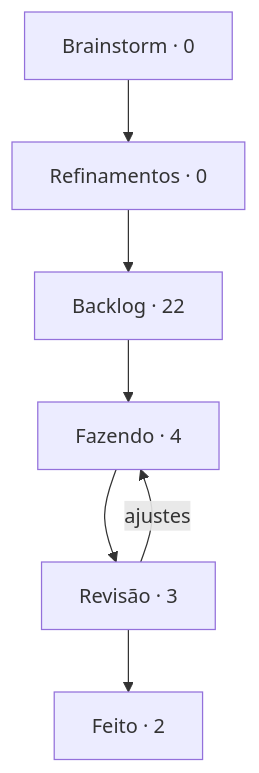
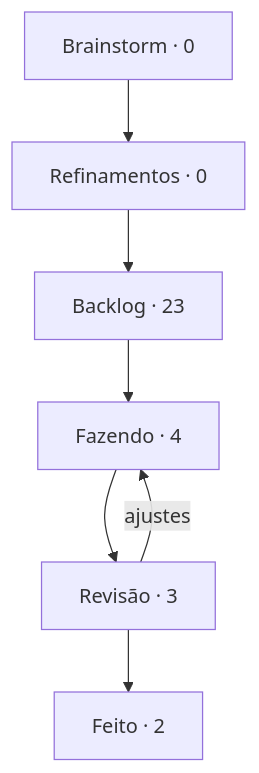
Before and after one commit to StudioVibi/VibiKanban: the diagram in boards/dungeon-bend/BOARD.md, drawn with Mermaid. The commit also changed other lines of this file and 2 other files, not shown here.

````diff
--- a/boards/dungeon-bend/BOARD.md
+++ b/boards/dungeon-bend/BOARD.md
@@ -5,12 +5,12 @@
 ```mermaid
 flowchart TD
   brainstorm["Brainstorm · 0"] --> refinamentos["Refinamentos · 0"]
-  refinamentos --> backlog["Backlog · 22"]
+  refinamentos --> backlog["Backlog · 23"]
   backlog --> doing["Fazendo · 4"]
   doing --> review["Revisão · 3"]
   review --> done["Feito · 2"]
   review -->|ajustes| doing
   doing:::blue
   review:::yellow
   done:::green
 ```
````
